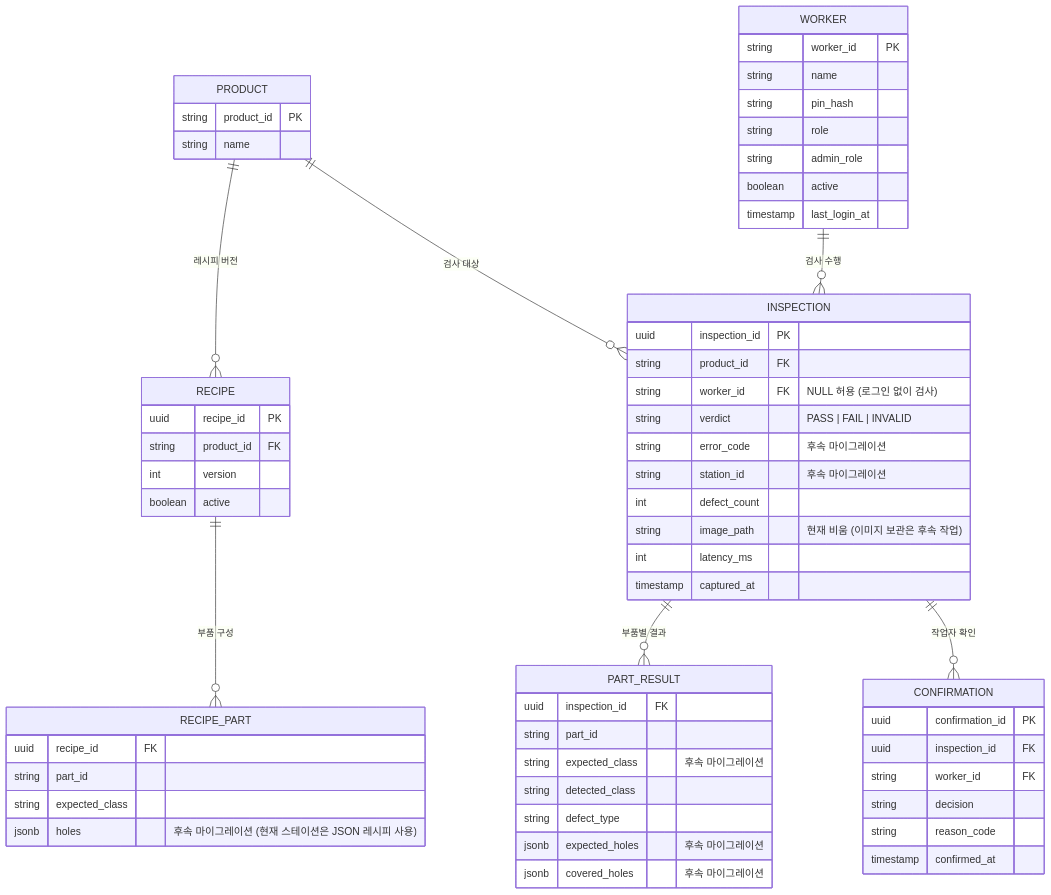
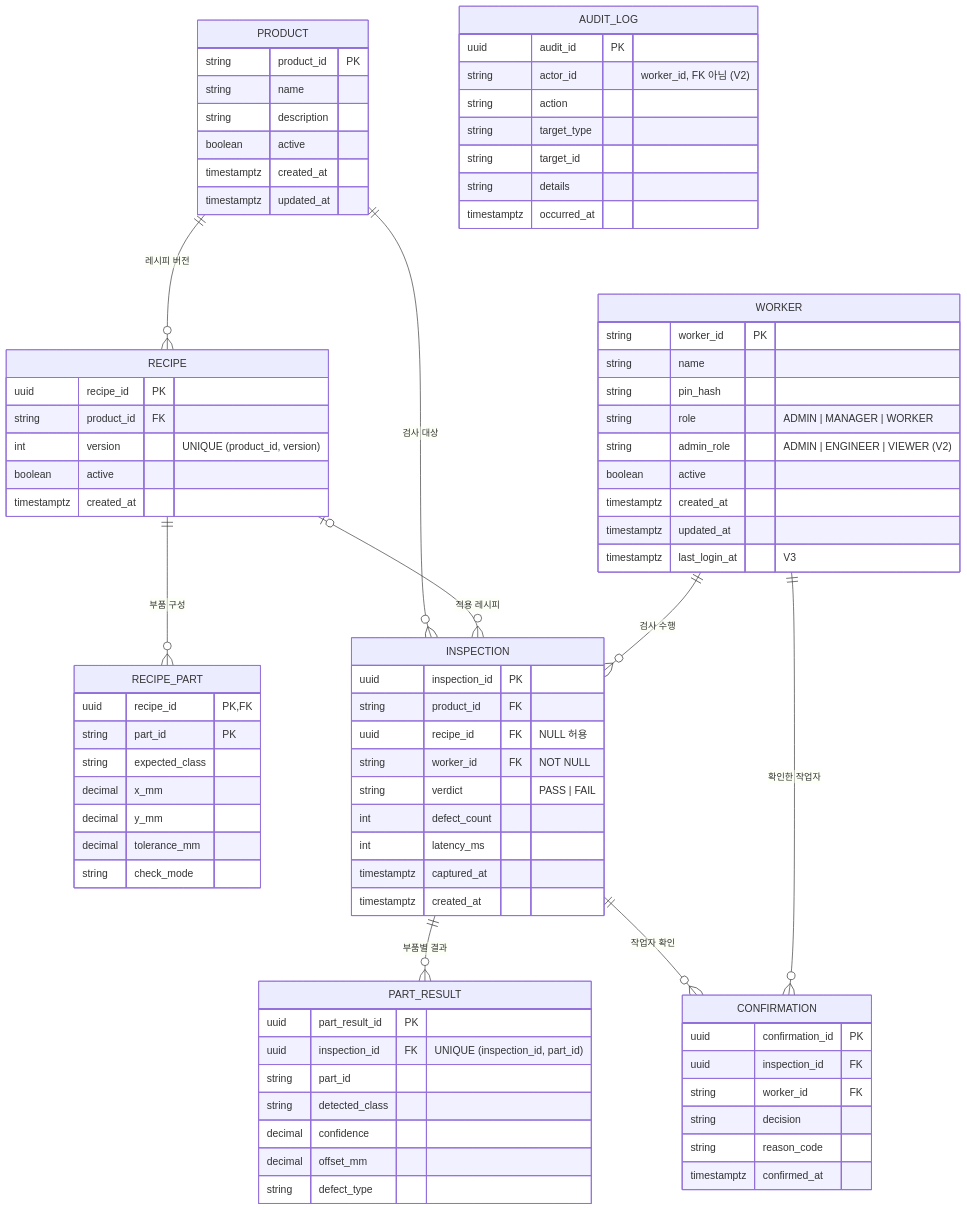
Before and after one commit to JIWOO1127/pcb-aoi-station: the third of 3 diagrams in README.md, drawn with Mermaid. The commit also changed other lines of this file and 1 other file, not shown here.

Commit message:
[docs] MVP-25 리뷰 반영 2: DB 그림을 실제 스키마로, 이미지 미저장, 홀 배열

````diff
--- a/README.md
+++ b/README.md
@@ -122,55 +124,66 @@
     PRODUCT ||--o{ RECIPE : "레시피 버전"
     RECIPE ||--o{ RECIPE_PART : "부품 구성"
     PRODUCT ||--o{ INSPECTION : "검사 대상"
+    RECIPE |o--o{ INSPECTION : "적용 레시피"
     WORKER ||--o{ INSPECTION : "검사 수행"
     INSPECTION ||--o{ PART_RESULT : "부품별 결과"
     INSPECTION ||--o{ CONFIRMATION : "작업자 확인"
+    WORKER ||--o{ CONFIRMATION : "확인한 작업자"
 
     PRODUCT {
         string product_id PK
         string name
+        string description
+        boolean active
+        timestamptz created_at
+        timestamptz updated_at
     }
     RECIPE {
         uuid recipe_id PK
         string product_id FK
-        int version
+        int version "UNIQUE (product_id, version)"
         boolean active
+        timestamptz created_at
     }
     RECIPE_PART {
-        uuid recipe_id FK
-        string part_id
+        uuid recipe_id PK, FK
+        string part_id PK
         string expected_class
-        jsonb holes "후속 마이그레이션 (현재 스테이션은 JSON 레시피 사용)"
+        decimal x_mm
+        decimal y_mm
+        decimal tolerance_mm
+        string check_mode
     }
     WORKER {
         string worker_id PK
         string name
         string pin_hash
-        string role
-        string admin_role
+        string role "ADMIN | MANAGER | WORKER"
+        string admin_role "ADMIN | ENGINEER | VIEWER (V2)"
         boolean active
-        timestamp last_login_at
+        timestamptz created_at
+        timestamptz updated_at
+        timestamptz last_login_at "V3"
     }
     INSPECTION {
         uuid inspection_id PK
         string product_id FK
-        string worker_id FK "NULL 허용 (로그인 없이 검사)"
-        string verdict "PASS | FAIL | INVALID"
-        string error_code "후속 마이그레이션"
-        string station_id "후속 마이그레이션"
+        uuid recipe_id FK "NULL 허용"
+        string worker_id FK "NOT NULL"
+        string verdict "PASS | FAIL"
         int defect_count
-        string image_path "현재 비움 (이미지 보관은 후속 작업)"
         int latency_ms
-        timestamp captured_at
+        timestamptz captured_at
+        timestamptz created_at
     }
     PART_RESULT {
-        uuid inspection_id FK
+        uuid part_result_id PK
+        uuid inspection_id FK "UNIQUE (inspection_id, part_id)"
         string part_id
-        string expected_class "후속 마이그레이션"
         string detected_class
+        decimal confidence
+        decimal offset_mm
         string defect_type
-        jsonb expected_holes "후속 마이그레이션"
-        jsonb covered_holes "후속 마이그레이션"
     }
     CONFIRMATION {
         uuid confirmation_id PK
@@ -178,6 +191,15 @@
         string worker_id FK
         string decision
         string reason_code
-        timestamp confirmed_at
+        timestamptz confirmed_at
+    }
+    AUDIT_LOG {
+        uuid audit_id PK
+        string actor_id "worker_id, FK 아님 (V2)"
+        string action
+        string target_type
+        string target_id
+        string details
+        timestamptz occurred_at
     }
 ```
````
